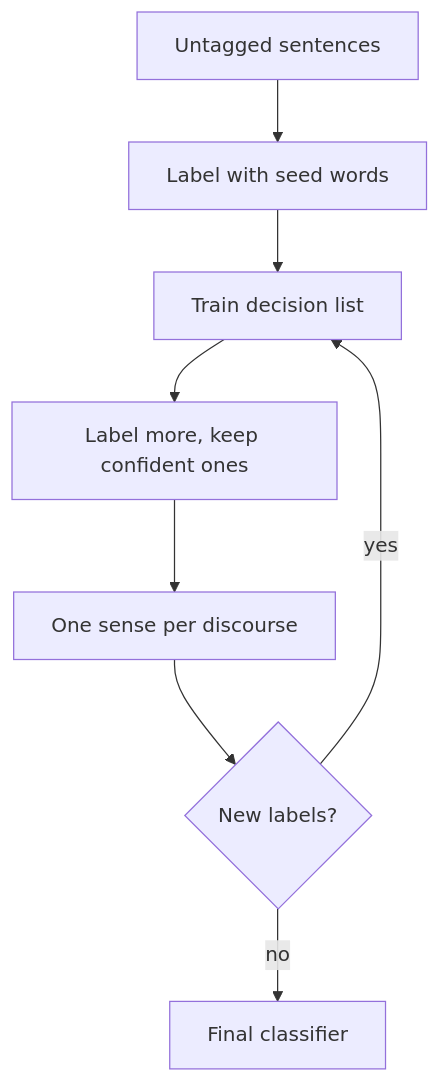
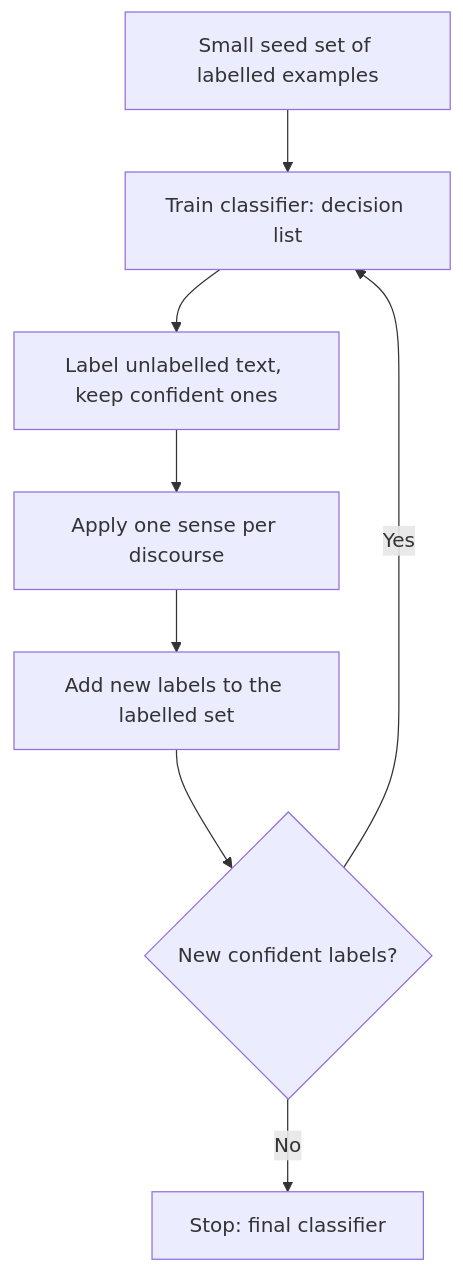
One commit to TrendySloth1001/sem-seven-notes changed the diagram in content/natural-language-processing/pyq/2022-12-ce/q3b.mdx. Above: the diagram before and after it, drawn with Mermaid. The commit also changed other lines of this file and 406 other files, not shown here.

````diff
--- a/content/natural-language-processing/pyq/2022-12-ce/q3b.mdx
+++ b/content/natural-language-processing/pyq/2022-12-ce/q3b.mdx
@@ -21,11 +16,11 @@
 ```mermaid
-%% caption: Yarowsky loop. Seeds label a few sentences; the decision list learns and labels more; repeat until nothing new is added.
+%% caption: The Yarowsky loop. The labelled set grows each round until nothing new is confident.
 flowchart TD
-  A["Untagged sentences"] --> B["Label with seed words"]
-  B --> C["Train decision list"]
-  C --> D["Label more, keep confident ones"]
-  D --> E["One sense per discourse"]
-  E --> F{"New labels?"}
-  F -->|"yes"| C
-  F -->|"no"| G["Final classifier"]
+  A["Small seed set of labelled examples"] --> B["Train classifier: decision list"]
+  B --> C["Label unlabelled text, keep confident ones"]
+  C --> D["Apply one sense per discourse"]
+  D --> E["Add new labels to the labelled set"]
+  E --> F{"New confident labels?"}
+  F -->|"Yes"| B
+  F -->|"No"| G["Stop: final classifier"]
 ```
````
